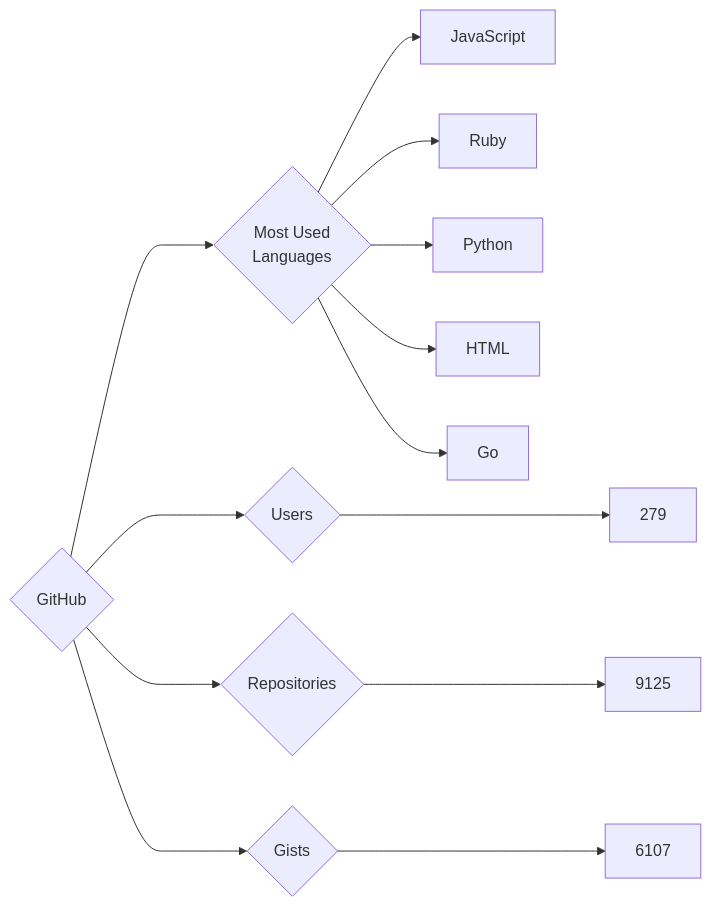
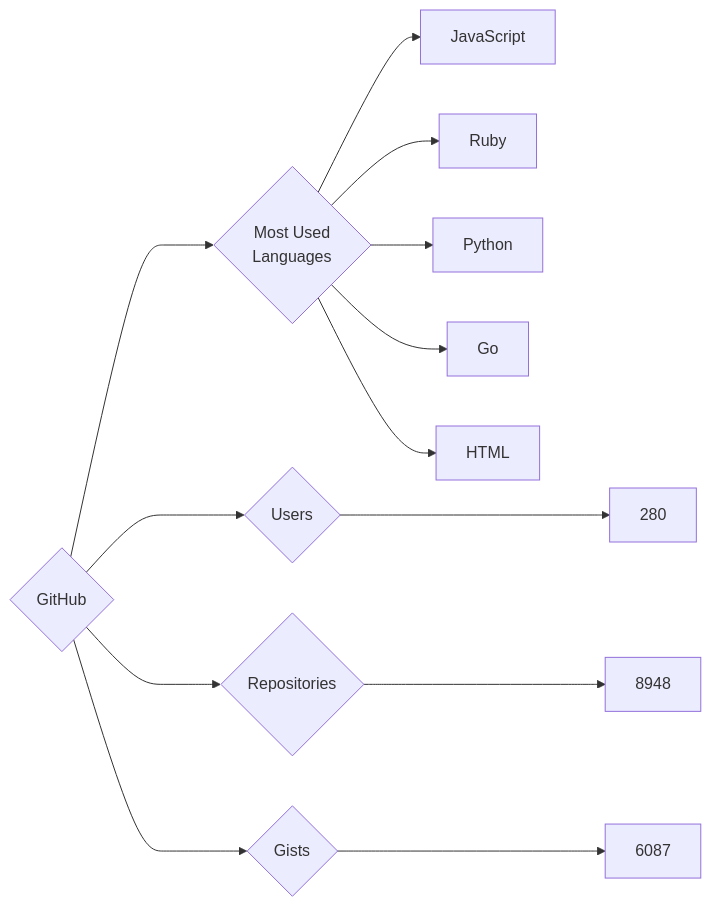
The diagram in targets/GitHub/README.md (trickest/insiders), drawn with Mermaid before and after one commit. The commit also changed 736 other files, not shown here.

````diff
--- a/targets/GitHub/README.md
+++ b/targets/GitHub/README.md
@@ -3,13 +3,13 @@
 ```mermaid
 graph LR
 COMPANY_NAME{GitHub}
-COMPANY_NAME ---> U{Users} ---> UN[279]
-COMPANY_NAME ---> R{Repositories} ---> RN[9125]
-COMPANY_NAME ---> G{Gists} ---> GN[6107]
+COMPANY_NAME ---> U{Users} ---> UN[280]
+COMPANY_NAME ---> R{Repositories} ---> RN[8948]
+COMPANY_NAME ---> G{Gists} ---> GN[6087]
 COMPANY_NAME ---> ML{Most Used<br>Languages}
 ML --> JavaScript[JavaScript]
 ML --> Ruby[Ruby]
 ML --> Python[Python]
+ML --> Go[Go]
 ML --> HTML[HTML]
-ML --> Go[Go]
 ```
````
